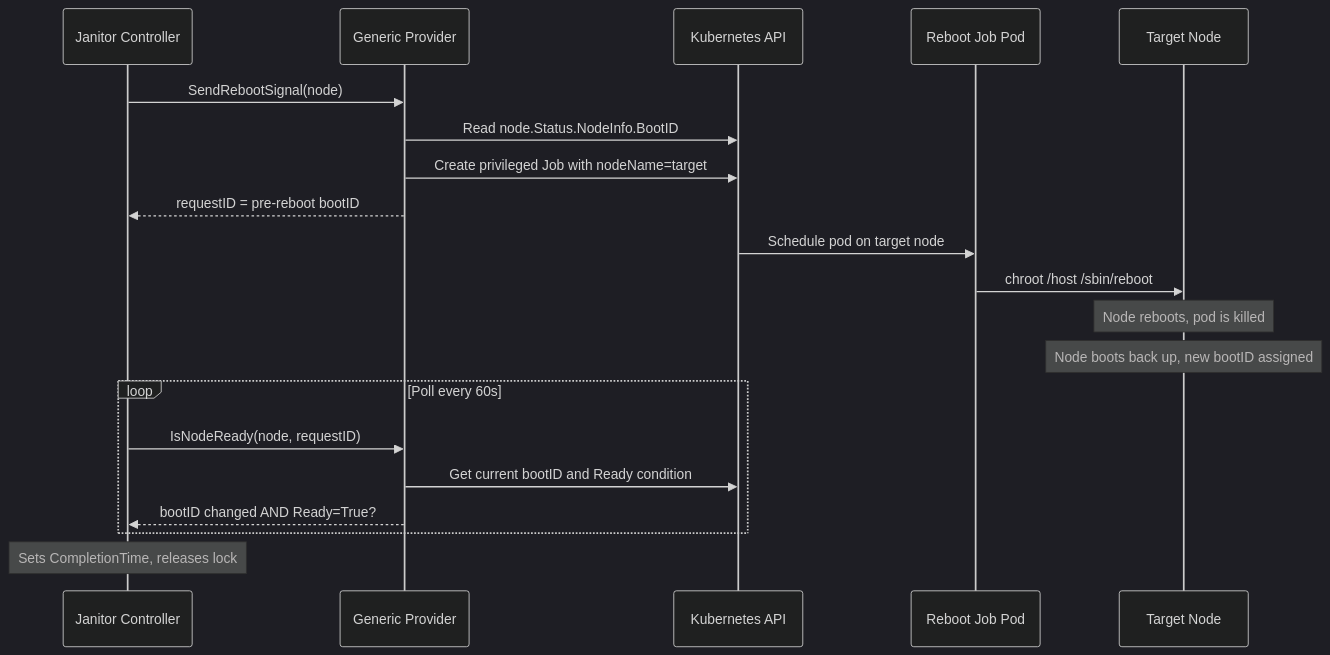
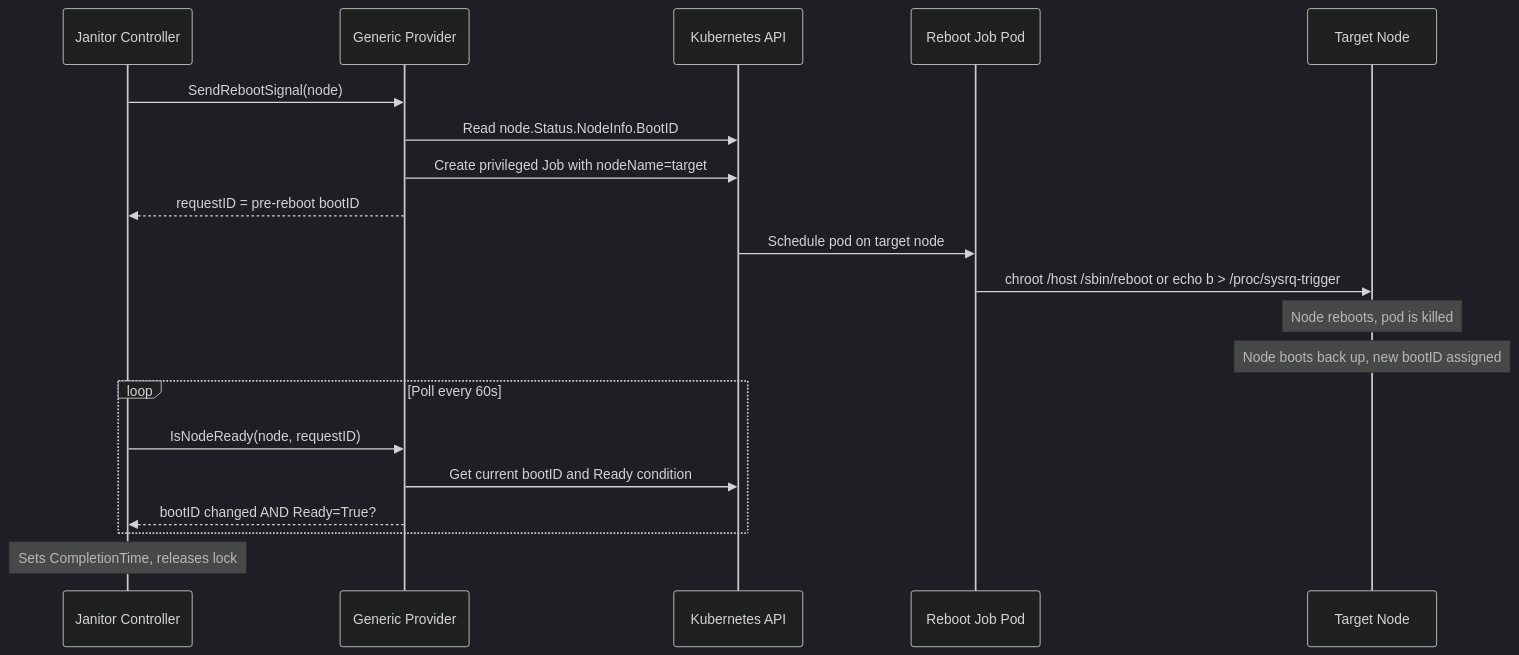
Before and after one commit to XRFXLP/NVSentinel: the third of 4 diagrams in docs/designs/028-generic-baremetal-reboot-provider.md, drawn with Mermaid (dark theme). The commit also changed other lines of this file and 6 other files, not shown here.

````diff
--- a/docs/designs/028-generic-baremetal-reboot-provider.md
+++ b/docs/designs/028-generic-baremetal-reboot-provider.md
@@ -58,27 +58,27 @@
 ```mermaid
 sequenceDiagram
     participant JC as Janitor Controller
     participant GP as Generic Provider
     participant K8s as Kubernetes API
     participant Job as Reboot Job Pod
     participant Node as Target Node
 
     JC->>GP: SendRebootSignal(node)
     GP->>K8s: Read node.Status.NodeInfo.BootID
     GP->>K8s: Create privileged Job with nodeName=target
     GP-->>JC: requestID = pre-reboot bootID
 
     K8s->>Job: Schedule pod on target node
-    Job->>Node: chroot /host /sbin/reboot
+    Job->>Node: chroot /host /sbin/reboot or echo b > /proc/sysrq-trigger
     Note over Node: Node reboots, pod is killed
 
     Note over Node: Node boots back up, new bootID assigned
 
     loop Poll every 60s
         JC->>GP: IsNodeReady(node, requestID)
         GP->>K8s: Get current bootID and Ready condition
         GP-->>JC: bootID changed AND Ready=True?
     end
 
     Note over JC: Sets CompletionTime, releases lock
 ```
````
